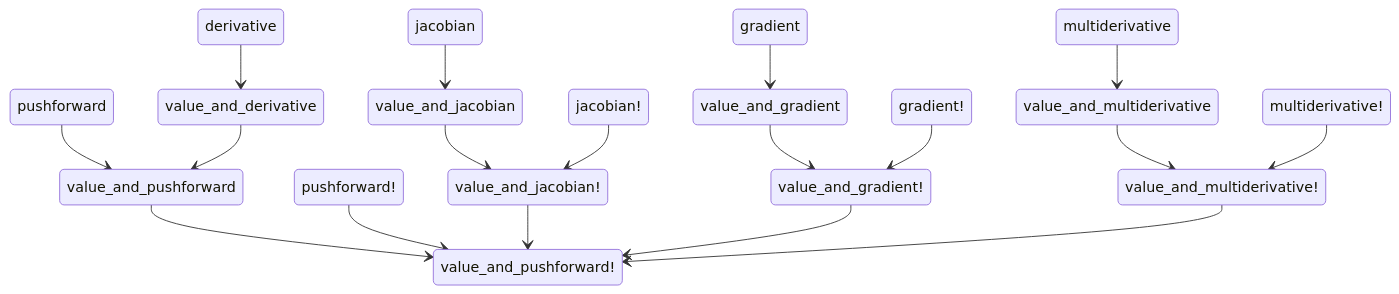
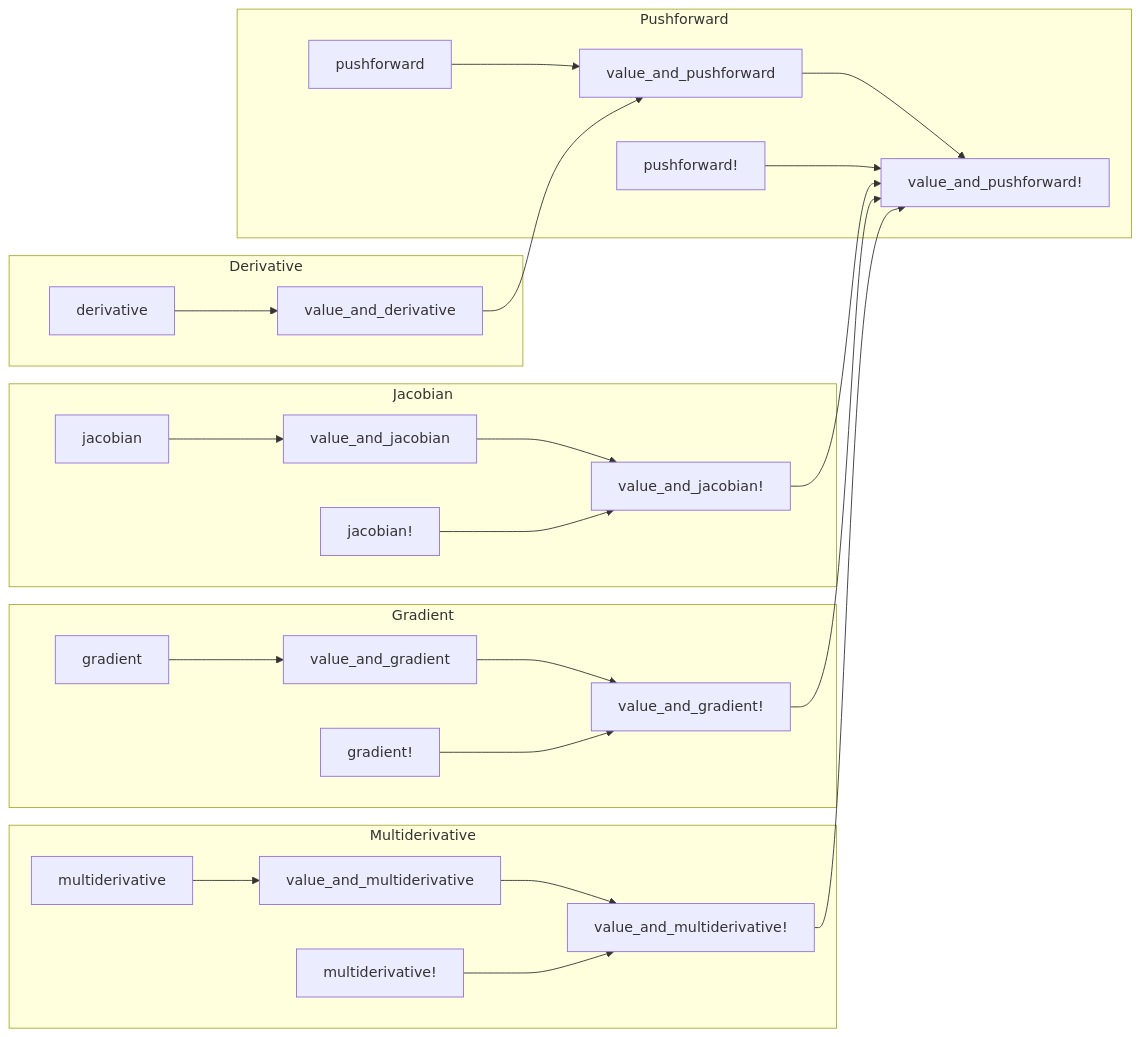
One commit to gdalle/DifferentiationInterface.jl changed the first of 2 diagrams in docs/src/developer.md. Above: the diagram before and after it, drawn with Mermaid. The commit also changed other lines of this file, not shown here.

Commit message:
Improve Mermaid diagrams

````diff
--- a/docs/src/developer.md
+++ b/docs/src/developer.md
@@ -19,26 +19,35 @@
 ```mermaid
-stateDiagram-v2
+flowchart LR
+    subgraph Gradient
+    gradient --> value_and_gradient
+    value_and_gradient --> value_and_gradient!
+    gradient! --> value_and_gradient!
+    end
+
+    subgraph Jacobian
+    jacobian --> value_and_jacobian
+    value_and_jacobian --> value_and_jacobian!
+    jacobian! --> value_and_jacobian!
+    end
+
+    subgraph Multiderivative
+    multiderivative --> value_and_multiderivative
+    value_and_multiderivative --> value_and_multiderivative!
+    multiderivative! --> value_and_multiderivative!
+    end
+
+    subgraph Derivative
+    derivative --> value_and_derivative
+    end
+
+    subgraph Pushforward
     pushforward --> value_and_pushforward
     value_and_pushforward --> value_and_pushforward!
     pushforward! --> value_and_pushforward!
+    end
 
-    jacobian --> value_and_jacobian
-    value_and_jacobian --> value_and_jacobian!
-    jacobian! --> value_and_jacobian!
     value_and_jacobian! --> value_and_pushforward!
-
-
-    gradient --> value_and_gradient
-    value_and_gradient --> value_and_gradient!
-    gradient! --> value_and_gradient!
     value_and_gradient! --> value_and_pushforward!
-
-    multiderivative --> value_and_multiderivative
-    value_and_multiderivative --> value_and_multiderivative!
-    multiderivative! --> value_and_multiderivative!
     value_and_multiderivative! --> value_and_pushforward!
-
-
-    derivative --> value_and_derivative
     value_and_derivative --> value_and_pushforward
 ```
````
